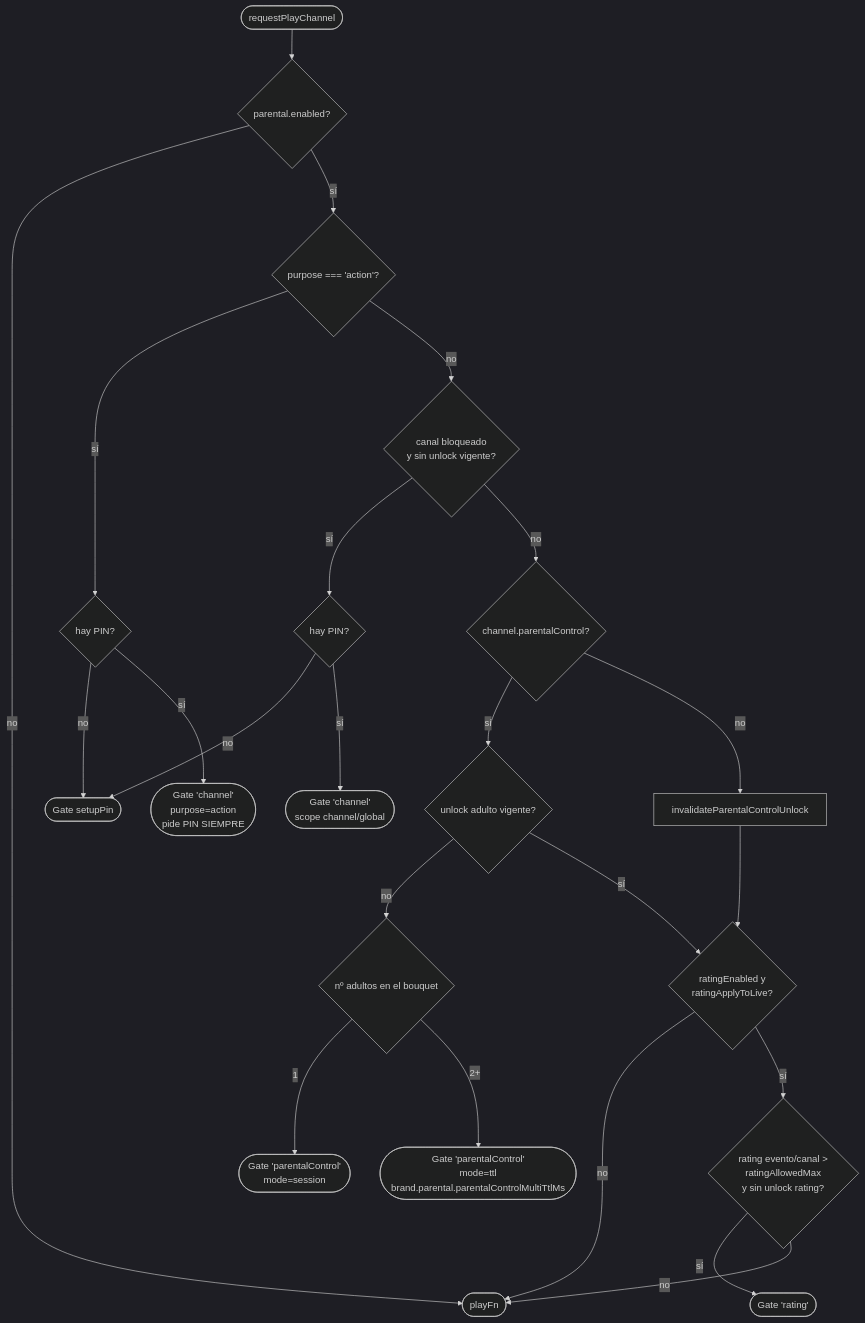
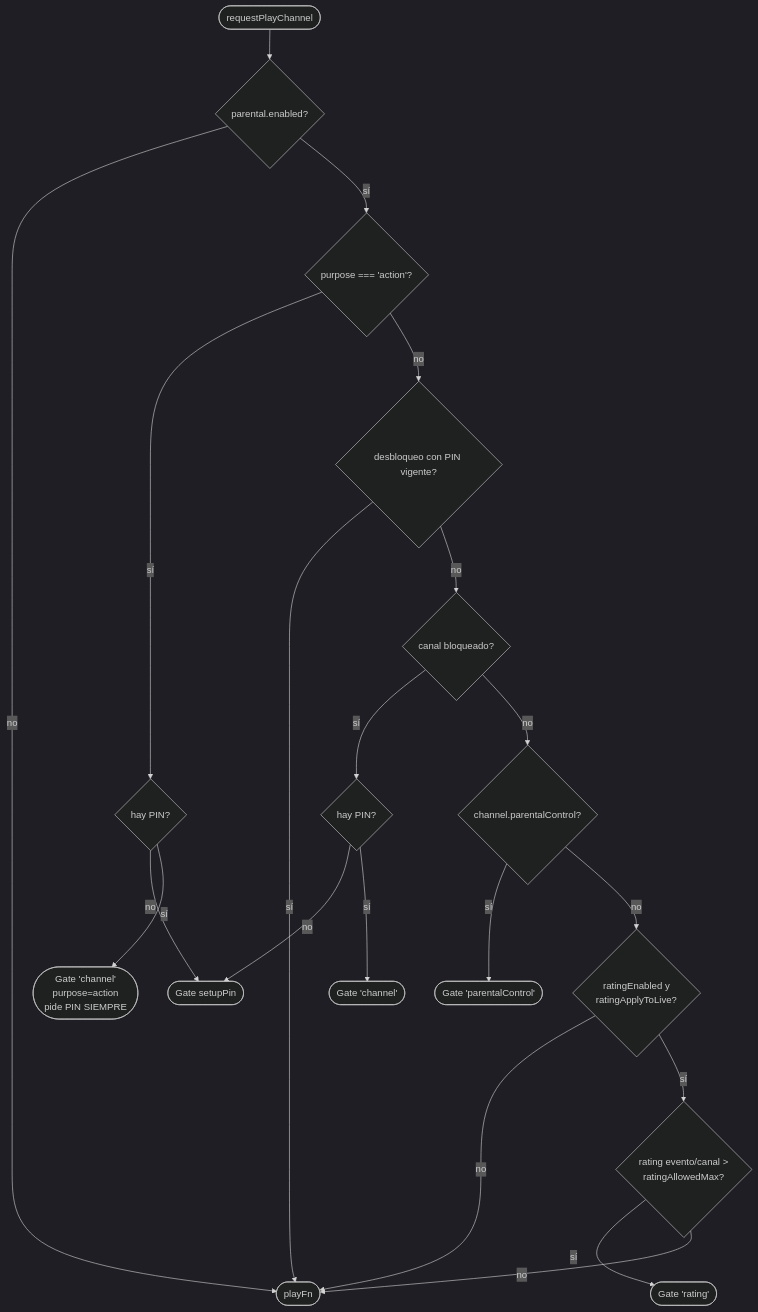
One commit to leompe8907/appVideo changed the third of 3 diagrams in docs/CONTROL_PARENTAL.md. Above: the diagram before and after it, drawn with Mermaid (dark theme). The commit also changed other lines of this file, not shown here.

Commit message:
docs(parental): documentar el desbloqueo único con PIN

````diff
--- a/docs/CONTROL_PARENTAL.md
+++ b/docs/CONTROL_PARENTAL.md
@@ -260,29 +249,27 @@
 ```mermaid
 flowchart TD
     start([requestPlayChannel]) --> en{parental.enabled?}
     en -- no --> play([playFn])
     en -- sí --> act{purpose === 'action'?}
 
     act -- sí --> pinA{hay PIN?}
     pinA -- no --> setup([Gate setupPin])
     pinA -- sí --> gA([Gate 'channel'<br/>purpose=action<br/>pide PIN SIEMPRE])
 
-    act -- no --> blk{canal bloqueado<br/>y sin unlock vigente?}
+    act -- no --> unl{desbloqueo con PIN vigente?}
+    unl -- sí --> play
+    unl -- no --> blk{canal bloqueado?}
     blk -- sí --> pinB{hay PIN?}
     pinB -- no --> setup
-    pinB -- sí --> gC([Gate 'channel'<br/>scope channel/global])
+    pinB -- sí --> gC([Gate 'channel'])
 
     blk -- no --> adult{channel.parentalControl?}
-    adult -- sí --> pcu{unlock adulto vigente?}
-    pcu -- no --> cnt{nº adultos en el bouquet}
-    cnt -- "1" --> gS([Gate 'parentalControl'<br/>mode=session])
-    cnt -- "2+" --> gT([Gate 'parentalControl'<br/>mode=ttl<br/>brand.parental.parentalControlMultiTtlMs])
-    pcu -- sí --> rat
-    adult -- no --> inv[invalidateParentalControlUnlock] --> rat
+    adult -- sí --> gP([Gate 'parentalControl'])
+    adult -- no --> rat
 
     rat{ratingEnabled y<br/>ratingApplyToLive?}
     rat -- no --> play
-    rat -- sí --> rchk{rating evento/canal ><br/>ratingAllowedMax<br/>y sin unlock rating?}
+    rat -- sí --> rchk{rating evento/canal ><br/>ratingAllowedMax?}
     rchk -- sí --> gR([Gate 'rating'])
     rchk -- no --> play
 ```
````
